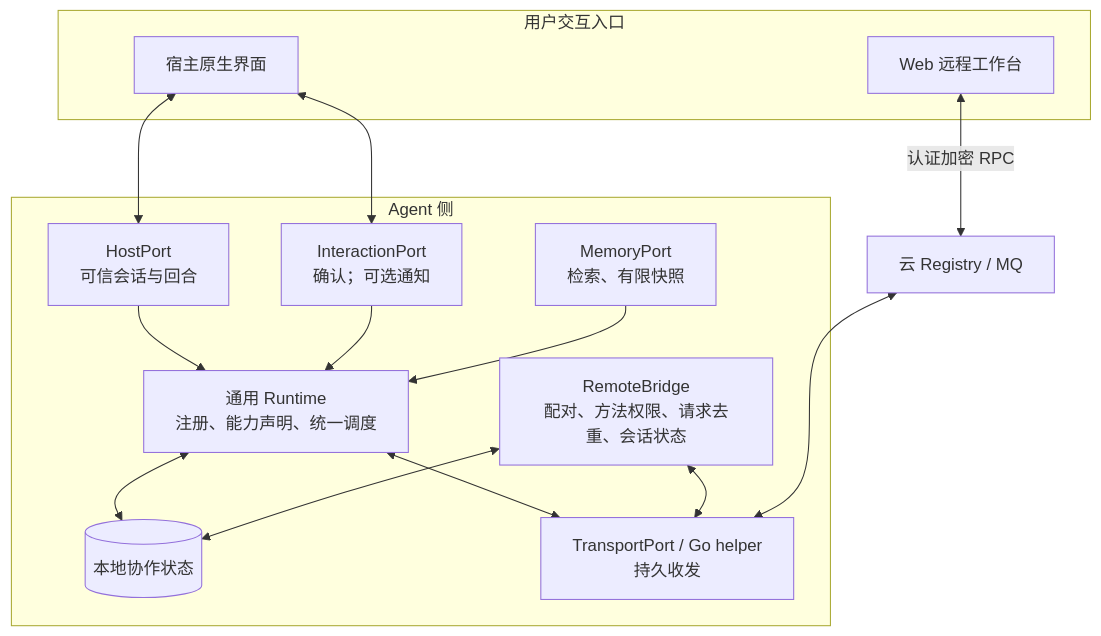
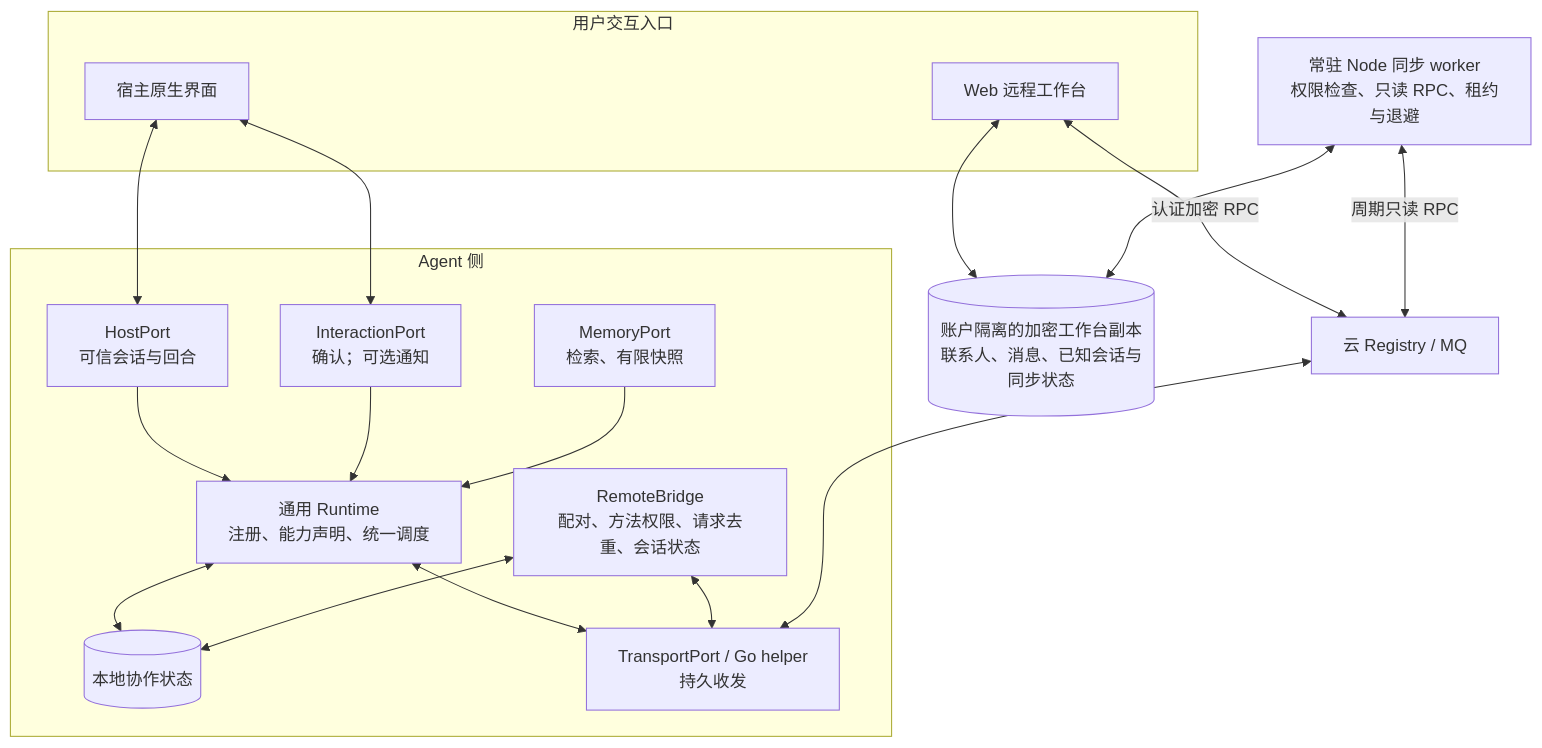
Before and after one commit to BillShiyaoZhang/agent-collaboration-deploy: the first of 2 diagrams in docs/ARCHITECTURE_AND_EXTENSION_PORTS.md, drawn with Mermaid. The commit also changed other lines of this file and 2 other files, not shown here.

Commit message:
Pin persistent workspace sync and document account data flow

````diff
--- a/docs/ARCHITECTURE_AND_EXTENSION_PORTS.md
+++ b/docs/ARCHITECTURE_AND_EXTENSION_PORTS.md
@@ -20,28 +20,33 @@
 ```mermaid
 flowchart TB
     subgraph CLIENT["用户交互入口"]
         NATIVE["宿主原生界面"]
         WEB["Web 远程工作台"]
     end
     subgraph LOCAL["Agent 侧"]
         HOST["HostPort<br/>可信会话与回合"]
         INTERACTION["InteractionPort<br/>确认；可选通知"]
         MEMORY["MemoryPort<br/>检索、有限快照"]
         RUNTIME["通用 Runtime<br/>注册、能力声明、统一调度"]
         STORE[("本地协作状态")]
         REMOTE["RemoteBridge<br/>配对、方法权限、请求去重、会话状态"]
         TRANSPORT["TransportPort / Go helper<br/>持久收发"]
         HOST --> RUNTIME
         INTERACTION --> RUNTIME
         MEMORY --> RUNTIME
         RUNTIME <--> STORE
         RUNTIME <--> TRANSPORT
         REMOTE <--> STORE
         REMOTE <--> TRANSPORT
     end
+    WEBSTORE[("账户隔离的加密工作台副本<br/>联系人、消息、已知会话与同步状态")]
+    WORKER["常驻 Node 同步 worker<br/>权限检查、只读 RPC、租约与退避"]
     CLOUD["云 Registry / MQ"]
     NATIVE <--> HOST
     NATIVE <--> INTERACTION
     WEB <-->|"认证加密 RPC"| CLOUD
+    WEB <--> WEBSTORE
+    WORKER <--> WEBSTORE
+    WORKER <-->|"周期只读 RPC"| CLOUD
     CLOUD <--> TRANSPORT
 ```
````
